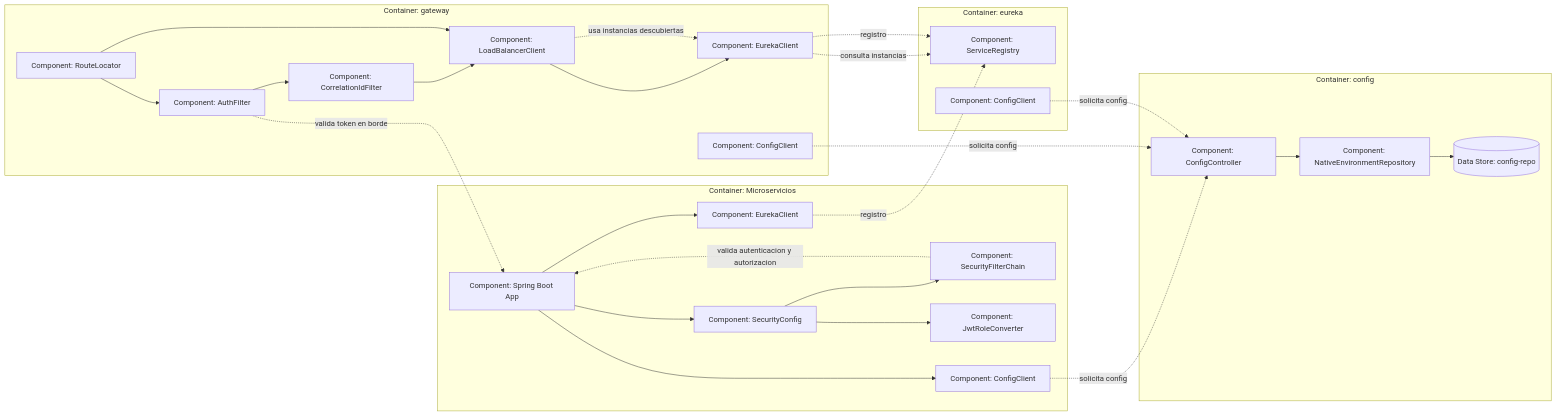
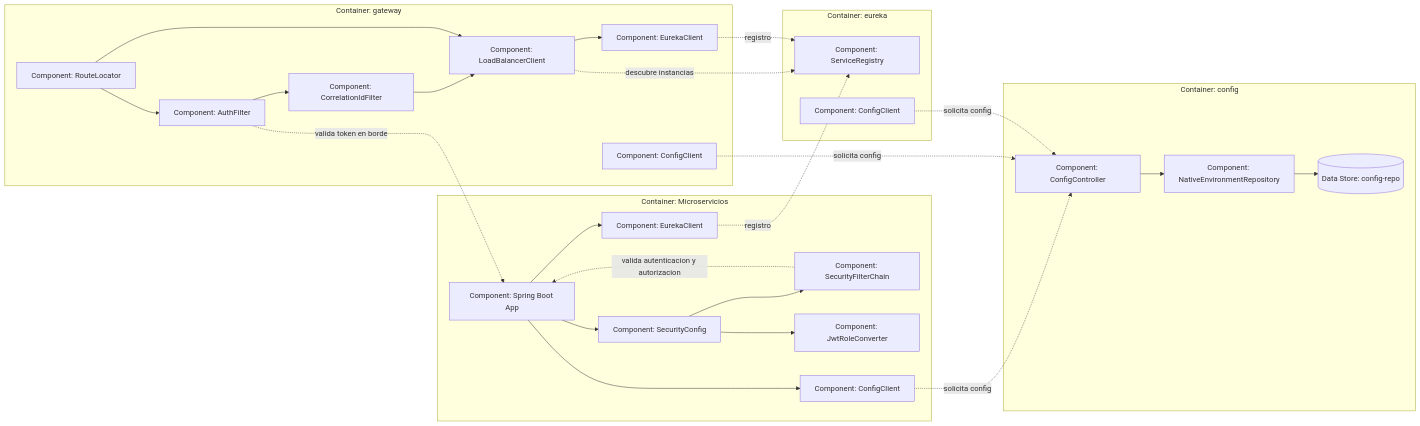
Before and after one commit to 262dist/pagatu: the third of 10 diagrams in README_02_ARQUITECTURA_DETALLADA.md, drawn with Mermaid. The commit also changed other lines of this file, not shown here.

````diff
--- a/README_02_ARQUITECTURA_DETALLADA.md
+++ b/README_02_ARQUITECTURA_DETALLADA.md
@@ -60,56 +60,55 @@
 ```mermaid
 flowchart LR
     subgraph gateway["Container: gateway"]
         routeLocator["Component: RouteLocator"]
         authFilter["Component: AuthFilter"]
         traceFilter["Component: CorrelationIdFilter"]
         lbClient["Component: LoadBalancerClient"]
         gatewayDiscoveryClient["Component: EurekaClient"]
         gatewayConfigClient["Component: ConfigClient"]
 
         routeLocator --> authFilter
         authFilter --> traceFilter
         traceFilter --> lbClient
         lbClient --> gatewayDiscoveryClient
     end
 
     subgraph eureka["Container: eureka"]
         registry["Component: ServiceRegistry"]
         eurekaConfigClient["Component: ConfigClient"]
     end
 
     subgraph config["Container: config"]
         configController["Component: ConfigController"]
         nativeRepo["Component: NativeEnvironmentRepository"]
         configRepo[(Data Store: config-repo)]
 
         configController --> nativeRepo
         nativeRepo --> configRepo
     end
 
     subgraph ms["Container: Microservicios"]
         serviceApp["Component: Spring Boot App"]
         securityConfig["Component: SecurityConfig"]
         securityChain["Component: SecurityFilterChain"]
         roleConverter["Component: JwtRoleConverter"]
         eurekaClient["Component: EurekaClient"]
         configClient["Component: ConfigClient"]
 
         serviceApp --> securityConfig
         serviceApp --> eurekaClient
         serviceApp --> configClient
         securityConfig --> securityChain
         securityConfig --> roleConverter
     end
 
     routeLocator --> lbClient
-    lbClient -. usa instancias descubiertas .-> gatewayDiscoveryClient
-    gatewayDiscoveryClient -. consulta instancias .-> registry
+    lbClient -. descubre instancias .-> registry
     gatewayDiscoveryClient -. registro .-> registry
     authFilter -. valida token en borde .-> serviceApp
     securityChain -. valida autenticacion y autorizacion .-> serviceApp
     configClient -. solicita config .-> configController
     eurekaClient -. registro .-> registry
     gatewayConfigClient -. solicita config .-> configController
     eurekaConfigClient -. solicita config .-> configController
 ```
````
